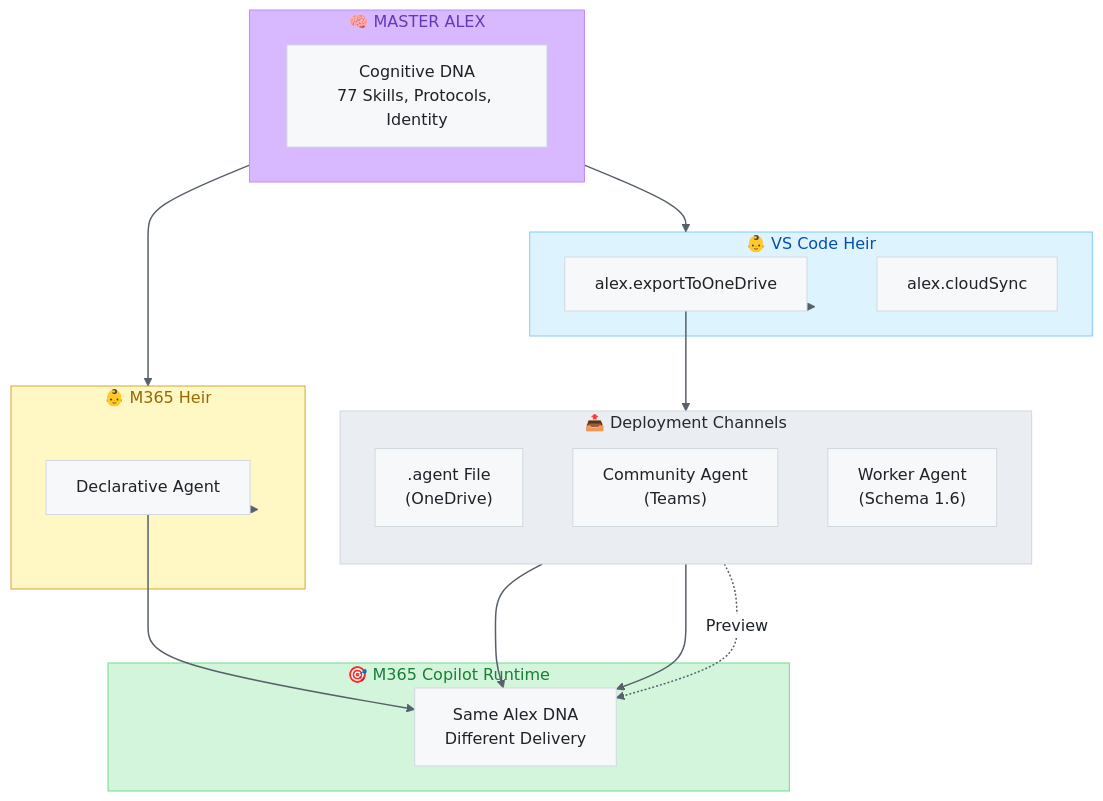
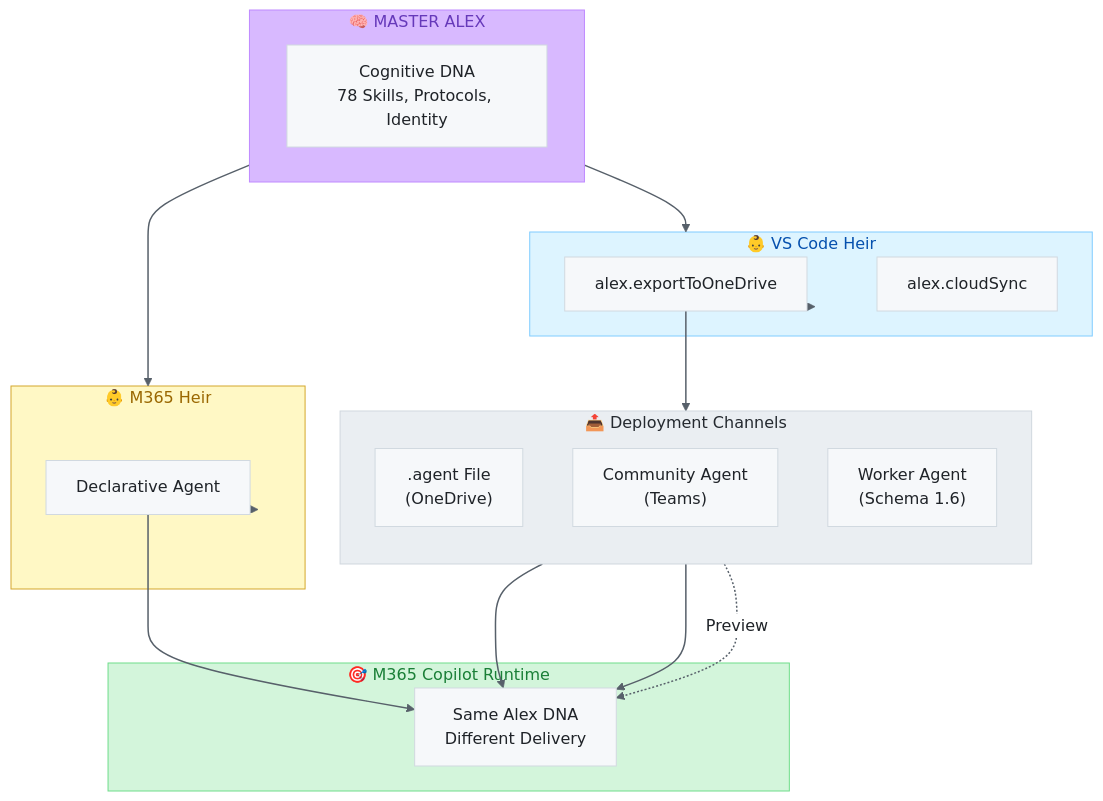
Before and after one commit to fabioc-aloha/Alex_Plug_In: the diagram in platforms/m365-copilot/README.md, drawn with Mermaid. The commit also changed 25 other files, not shown here.

````diff
--- a/platforms/m365-copilot/README.md
+++ b/platforms/m365-copilot/README.md
@@ -162,43 +162,43 @@
 ```mermaid
 %%{init: {'theme': 'base', 'themeVariables': { 'primaryColor': '#f6f8fa', 'primaryTextColor': '#1f2328', 'primaryBorderColor': '#d1d9e0', 'lineColor': '#656d76', 'secondaryColor': '#f6f8fa', 'tertiaryColor': '#ffffff', 'background': '#ffffff', 'mainBkg': '#f6f8fa', 'nodeBorder': '#d1d9e0', 'edgeLabelBackground': '#fff'}}}%%
 flowchart TB
     subgraph Master["🧠 MASTER ALEX"]
-        DNA["Cognitive DNA<br/>77 Skills, Protocols, Identity"]
+        DNA["Cognitive DNA<br/>78 Skills, Protocols, Identity"]
     end
 
     subgraph VSCode["👶 VS Code Heir"]
         Export["alex.exportToOneDrive"]
         Cloud["alex.cloudSync"]
     end
 
     subgraph M365["👶 M365 Heir"]
         DA["Declarative Agent"]
     end
 
     subgraph Channels["📤 Deployment Channels"]
         direction TB
         ODA[".agent File<br/>(OneDrive)"]
         CA["Community Agent<br/>(Teams)"]
         WA["Worker Agent<br/>(Schema 1.6)"]
     end
 
     subgraph Runtime["🎯 M365 Copilot Runtime"]
         COP["Same Alex DNA<br/>Different Delivery"]
     end
 
     Master --> VSCode
     Master --> M365
     VSCode --> Export --> ODA
     M365 --> DA
     DA --> COP
     ODA --> COP
     CA --> COP
     WA -.->|"Preview"| COP
 
     style Master fill:#d8b9ff,color:#6639ba,stroke:#bf8aff
     style VSCode fill:#ddf4ff,color:#0550ae,stroke:#80ccff
     style M365 fill:#fff8c5,color:#9a6700,stroke:#d4a72c
     style Channels fill:#eaeef2,color:#24292f,stroke:#d0d7de
     style Runtime fill:#d3f5db,color:#1a7f37,stroke:#6fdd8b
     linkStyle default stroke:#57606a,stroke-width:1.5px
 ```
````
